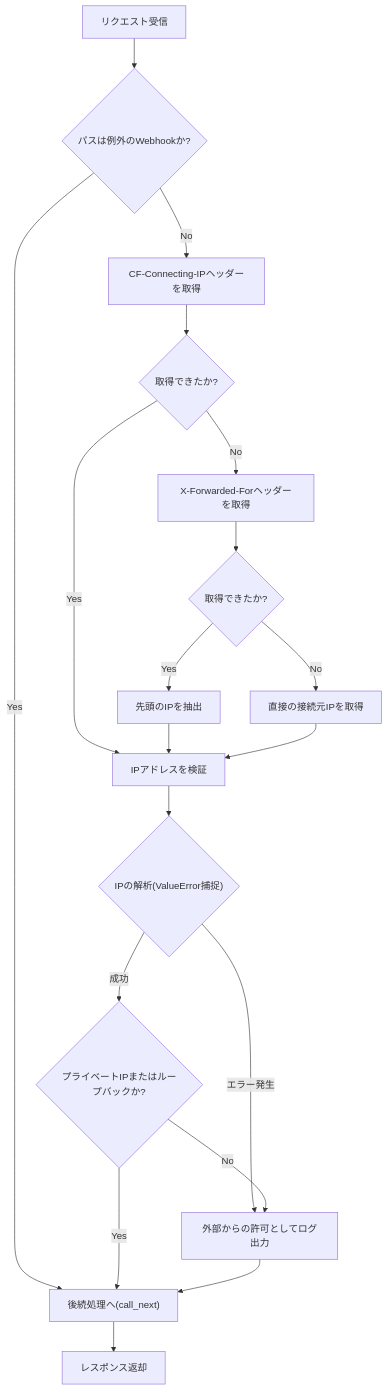
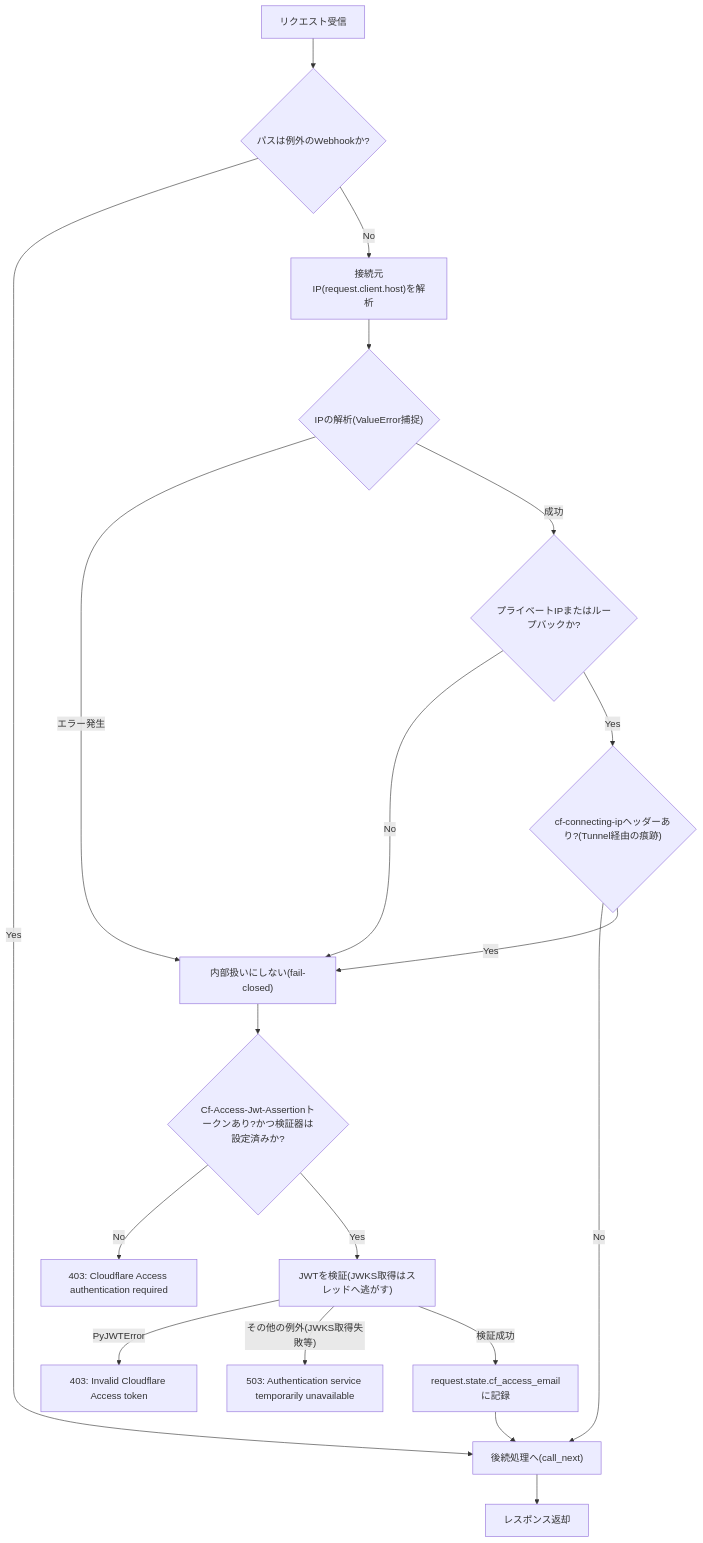
Before and after one commit to mmtigers/my_python_project: the first of 2 diagrams in docs/specifications/MY_HOME_SYSTEM/unified_server.md, drawn with Mermaid. The commit also changed other lines of this file, not shown here.

````diff
--- a/docs/specifications/MY_HOME_SYSTEM/unified_server.md
+++ b/docs/specifications/MY_HOME_SYSTEM/unified_server.md
@@ -265,26 +267,28 @@
 ```mermaid
 flowchart TD
     Start["リクエスト受信"] --> CheckWebhook{"パスは例外のWebhookか?"}
-    
+
     CheckWebhook -- Yes --> CallNext["後続処理へ(call_next)"]
-    CheckWebhook -- No --> GetCFIP["CF-Connecting-IPヘッダーを取得"]
-    
-    GetCFIP --> HasCFIP{"取得できたか?"}
-    HasCFIP -- Yes --> ValidateIP["IPアドレスを検証"]
-    HasCFIP -- No --> GetXFF["X-Forwarded-Forヘッダーを取得"]
-    
-    GetXFF --> HasXFF{"取得できたか?"}
-    HasXFF -- Yes --> ExtractFirstIP["先頭のIPを抽出"] --> ValidateIP
-    HasXFF -- No --> GetHostIP["直接の接続元IPを取得"] --> ValidateIP
-    
-    ValidateIP --> TryParse{"IPの解析(ValueError捕捉)"}
-    TryParse -- エラー発生 --> LogExternal["外部からの許可としてログ出力"]
+    CheckWebhook -- No --> ParsePeerIP["接続元IP(request.client.host)を解析"]
+
+    ParsePeerIP --> TryParse{"IPの解析(ValueError捕捉)"}
+    TryParse -- エラー発生 --> NotInternal["内部扱いにしない(fail-closed)"]
     TryParse -- 成功 --> CheckLocalPrivate{"プライベートIPまたはループバックか?"}
-    
-    CheckLocalPrivate -- Yes --> CallNext
-    CheckLocalPrivate -- No --> LogExternal
-    
-    LogExternal --> CallNext
+
+    CheckLocalPrivate -- No --> NotInternal
+    CheckLocalPrivate -- Yes --> CheckTunnel{"cf-connecting-ipヘッダーあり?(Tunnel経由の痕跡)"}
+
+    CheckTunnel -- No --> CallNext
+    CheckTunnel -- Yes --> NotInternal
+
+    NotInternal --> HasToken{"Cf-Access-Jwt-Assertionトークンあり?かつ検証器は設定済みか?"}
+    HasToken -- No --> Reject403a["403: Cloudflare Access authentication required"]
+    HasToken -- Yes --> VerifyJWT["JWTを検証(JWKS取得はスレッドへ逃がす)"]
+
+    VerifyJWT -- PyJWTError --> Reject403b["403: Invalid Cloudflare Access token"]
+    VerifyJWT -- その他の例外(JWKS取得失敗等) --> Reject503["503: Authentication service temporarily unavailable"]
+    VerifyJWT -- 検証成功 --> RecordEmail["request.state.cf_access_emailに記録"] --> CallNext
+
     CallNext --> End["レスポンス返却"]
 
 ```
````
